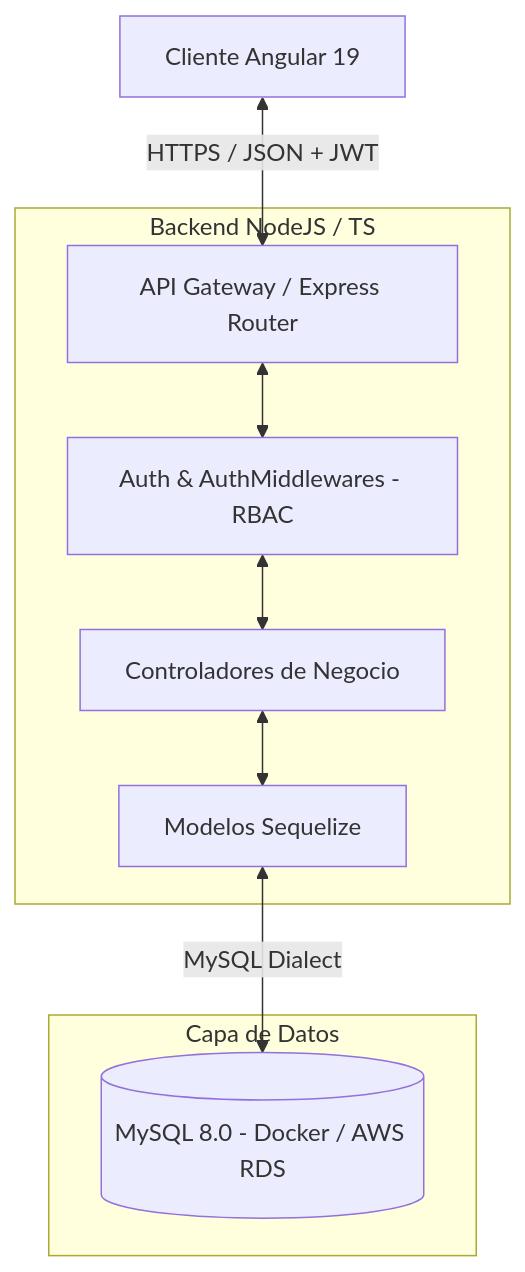
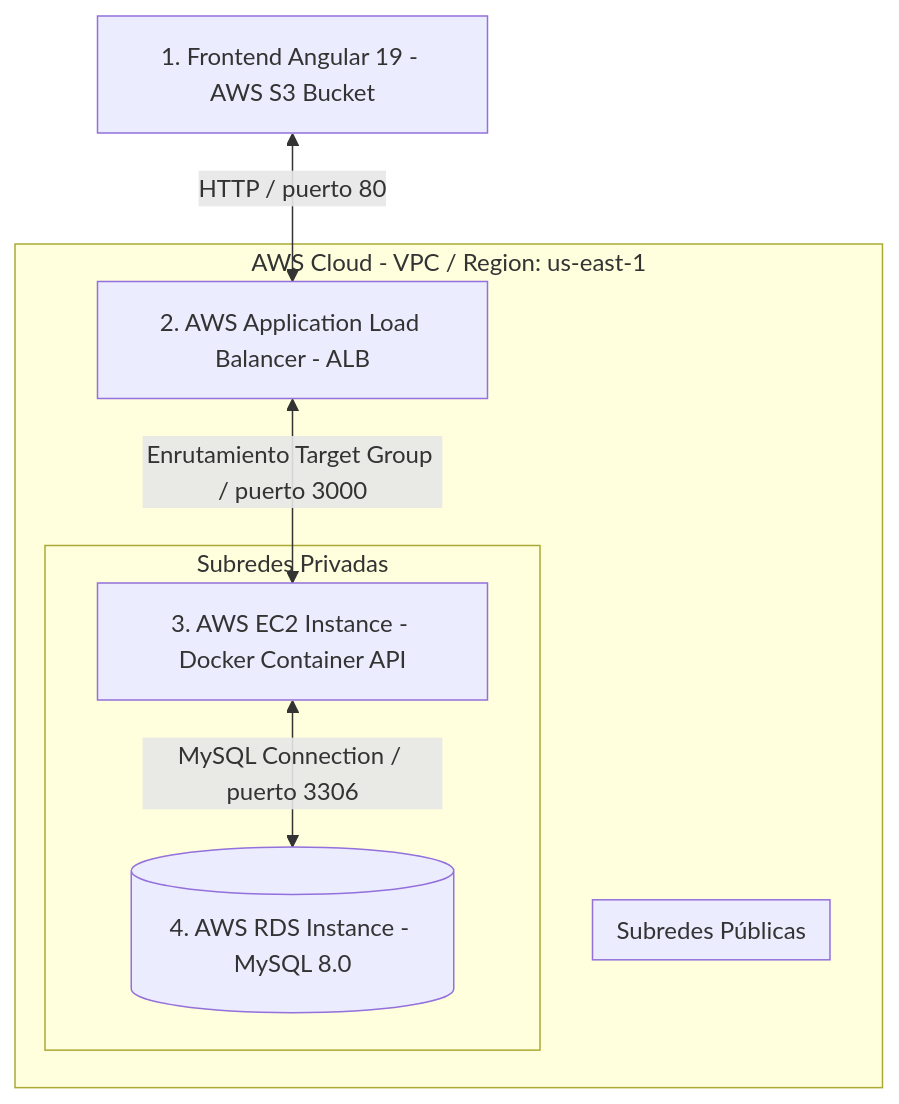
The diagram in README.md (juanbedoya1603/proyecto-prestamos-utp), drawn with Mermaid before and after one commit. The commit also changed other lines of this file and 3 other files, not shown here.

Commit message:
docs(readme): actualizar todos los READMEs para reflejar la migracion a AWS (RDS, EC2, ALB, S3)

````diff
--- a/README.md
+++ b/README.md
@@ -15,14 +16,14 @@
 ```mermaid
 graph TD
-    Client[Cliente Angular 19] <-->|HTTPS / JSON + JWT| Proxy[API Gateway / Express Router]
+    Client[1. Frontend Angular 19 - AWS S3 Bucket] <-->|HTTP / puerto 80| ALB[2. AWS Application Load Balancer - ALB]
+    ALB <-->|Enrutamiento Target Group / puerto 3000| EC2[3. AWS EC2 Instance - Docker Container API]
     
-    subgraph Backend [Backend NodeJS / TS]
-        Proxy <--> Auth[Auth & AuthMiddlewares - RBAC]
-        Auth <--> Controllers[Controladores de Negocio]
-        Controllers <--> Models[Modelos Sequelize]
-    end
-
-    subgraph Database_Layer [Capa de Datos]
-        Models <-->|MySQL Dialect| MySQL[(MySQL 8.0 - Docker / AWS RDS)]
+    subgraph VPC [AWS Cloud - VPC / Region: us-east-1]
+        ALB
+        subgraph Public_Subnets [Subredes Públicas]
+        end
+        subgraph Private_Subnets [Subredes Privadas]
+            EC2 <-->|MySQL Connection / puerto 3306| RDS[(4. AWS RDS Instance - MySQL 8.0)]
+        end
     end
 ```
````
